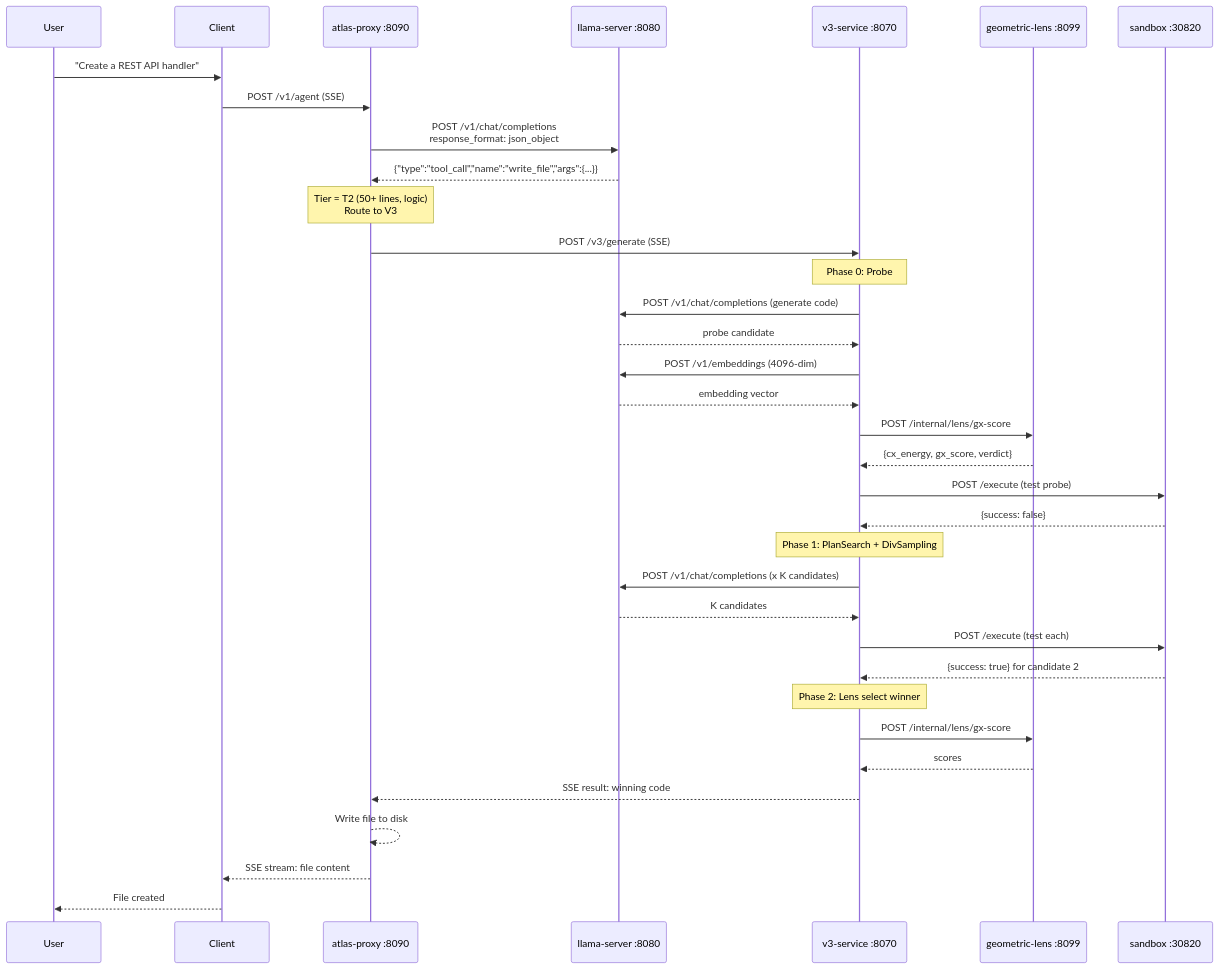
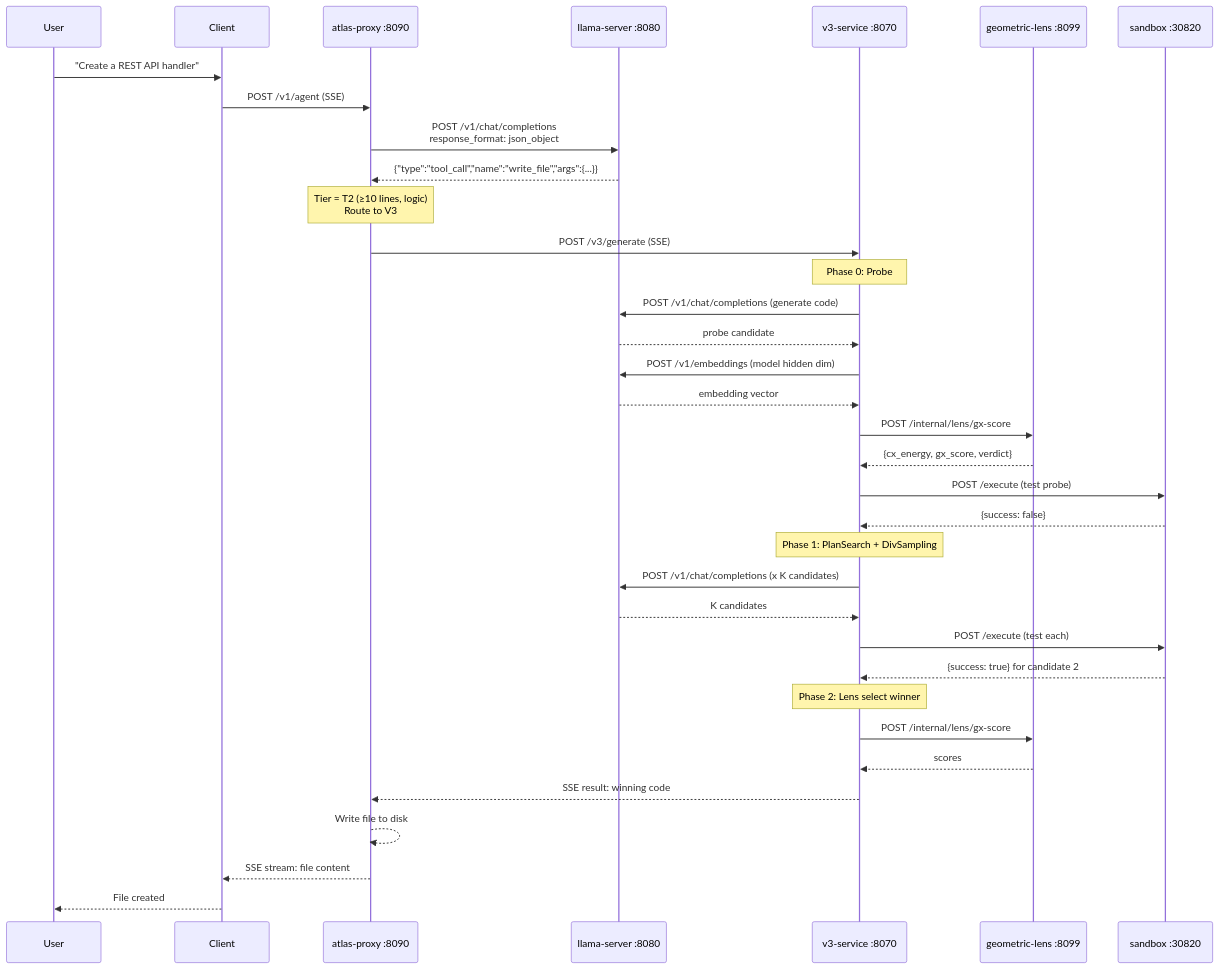
One commit to itigges22/ATLAS changed diagram 12 of 13 in docs/ARCHITECTURE.md. Above: the diagram before and after it, drawn with Mermaid. The commit also changed other lines of this file and 23 other files, not shown here.

````diff
--- a/docs/ARCHITECTURE.md
+++ b/docs/ARCHITECTURE.md
@@ -760,42 +630,42 @@
 ```mermaid
 sequenceDiagram
     participant U as User
     participant A as Client
     participant P as atlas-proxy :8090
     participant L as llama-server :8080
     participant V as v3-service :8070
     participant G as geometric-lens :8099
     participant S as sandbox :30820
 
     U->>A: "Create a REST API handler"
     A->>P: POST /v1/agent (SSE)
     P->>L: POST /v1/chat/completions<br/>response_format: json_object
     L-->>P: {"type":"tool_call","name":"write_file","args":{...}}
-    Note over P: Tier = T2 (50+ lines, logic)<br/>Route to V3
+    Note over P: Tier = T2 (≥10 lines, logic)<br/>Route to V3
 
     P->>V: POST /v3/generate (SSE)
     Note over V: Phase 0: Probe
     V->>L: POST /v1/chat/completions (generate code)
     L-->>V: probe candidate
-    V->>L: POST /v1/embeddings (4096-dim)
+    V->>L: POST /v1/embeddings (model hidden dim)
     L-->>V: embedding vector
     V->>G: POST /internal/lens/gx-score
     G-->>V: {cx_energy, gx_score, verdict}
     V->>S: POST /execute (test probe)
     S-->>V: {success: false}
 
     Note over V: Phase 1: PlanSearch + DivSampling
     V->>L: POST /v1/chat/completions (x K candidates)
     L-->>V: K candidates
     V->>S: POST /execute (test each)
     S-->>V: {success: true} for candidate 2
 
     Note over V: Phase 2: Lens select winner
     V->>G: POST /internal/lens/gx-score
     G-->>V: scores
 
     V-->>P: SSE result: winning code
     P-->>P: Write file to disk
     P-->>A: SSE stream: file content
     A-->>U: File created
 ```
````
